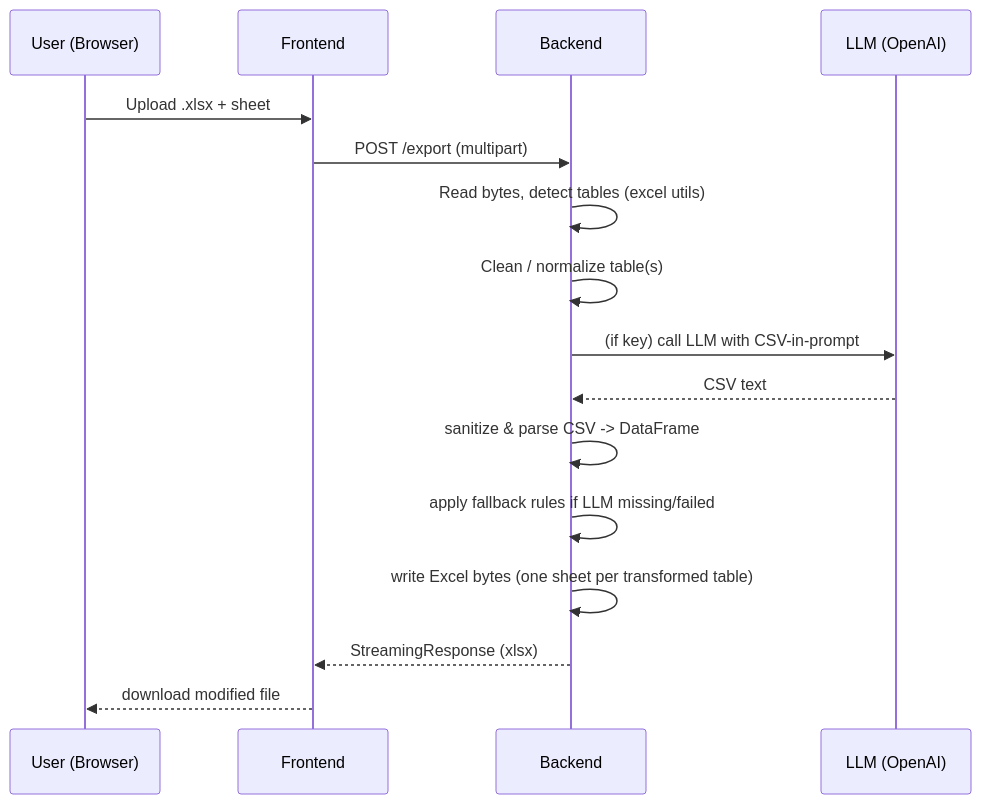
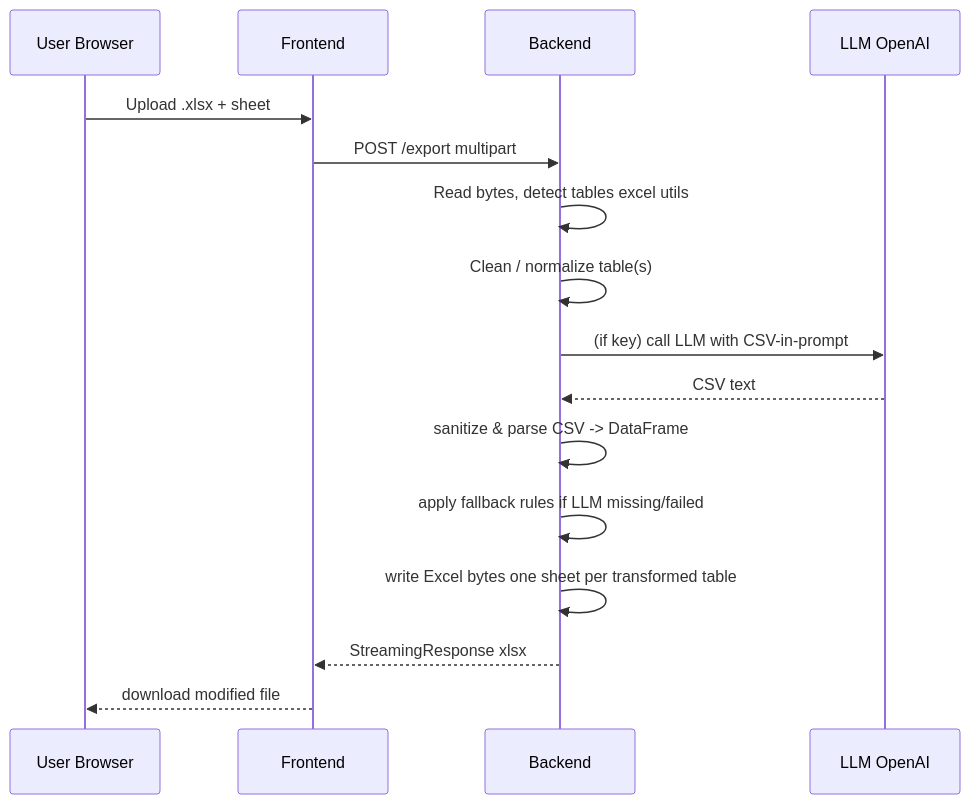
The second of 2 diagrams in README.en.md (JuanHenao31/mincaai), drawn with Mermaid before and after one commit. The commit also changed other lines of this file, not shown here.

Commit message:
fix: fix on readme english

````diff
--- a/README.en.md
+++ b/README.en.md
@@ -54,18 +54,18 @@
 ```mermaid
 sequenceDiagram
-  participant U as User (Browser)
+  participant U as User Browser
   participant FE as Frontend
   participant BE as Backend
-  participant LL as LLM (OpenAI)
+  participant LL as LLM OpenAI
   U->>FE: Upload .xlsx + sheet
-  FE->>BE: POST /export (multipart)
-  BE->>BE: Read bytes, detect tables (excel utils)
+  FE->>BE: POST /export multipart
+  BE->>BE: Read bytes, detect tables excel utils
   BE->>BE: Clean / normalize table(s)
   BE->>LL: (if key) call LLM with CSV-in-prompt
   LL-->>BE: CSV text
   BE->>BE: sanitize & parse CSV -> DataFrame
   BE->>BE: apply fallback rules if LLM missing/failed
-  BE->>BE: write Excel bytes (one sheet per transformed table)
-  BE-->>FE: StreamingResponse (xlsx)
+  BE->>BE: write Excel bytes one sheet per transformed table
+  BE-->>FE: StreamingResponse xlsx
   FE-->>U: download modified file
 ```
````
